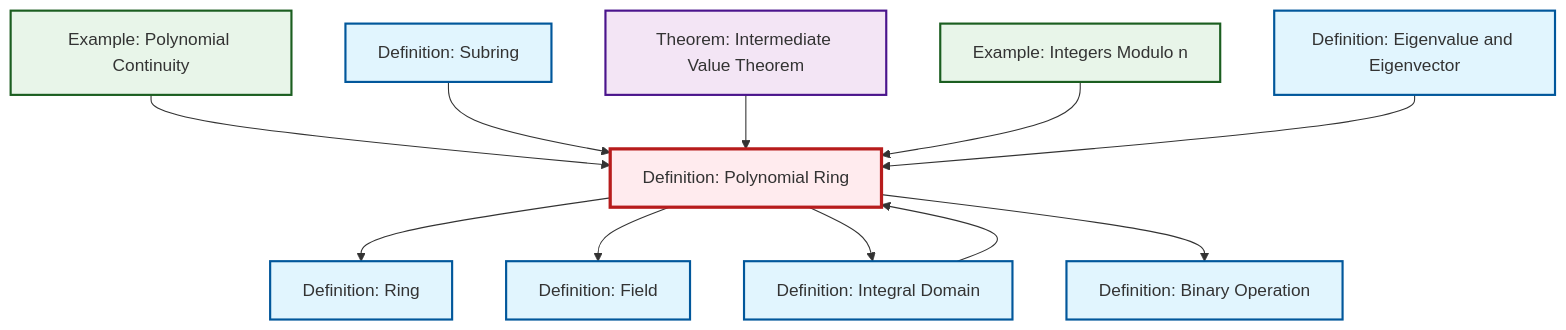
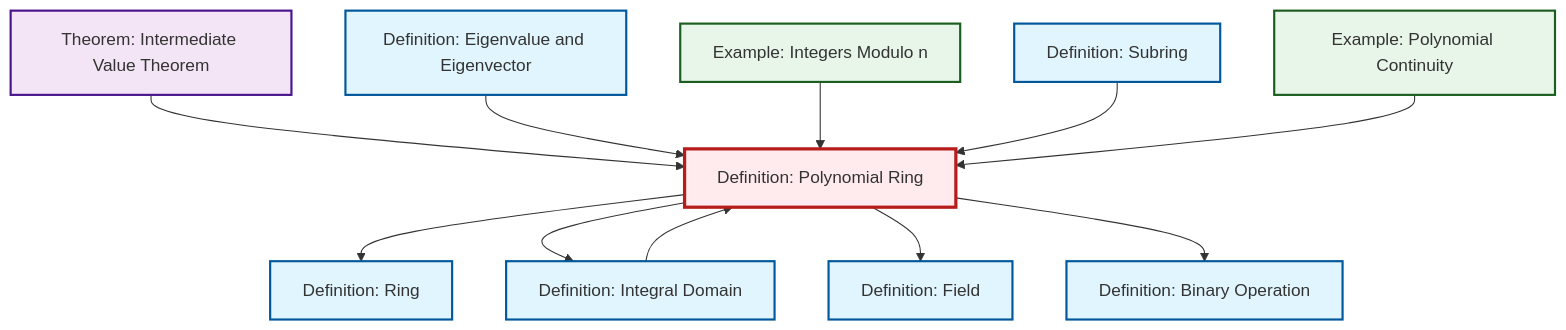
The diagram in content/en/algebra/def-polynomial-ring.qmd (RK0429/ModernMath), drawn with Mermaid before and after one commit. The commit also changed other lines of this file and 1012 other files, not shown here.

````diff
--- a/content/en/algebra/def-polynomial-ring.qmd
+++ b/content/en/algebra/def-polynomial-ring.qmd
@@ -94,39 +94,39 @@
 ```{mermaid}
 %%| fig-cap: "Local dependency graph"
 graph TD
     classDef definition fill:#e1f5fe,stroke:#01579b,stroke-width:2px
     classDef theorem fill:#f3e5f5,stroke:#4a148c,stroke-width:2px
     classDef axiom fill:#fff3e0,stroke:#e65100,stroke-width:2px
     classDef example fill:#e8f5e9,stroke:#1b5e20,stroke-width:2px
     classDef current fill:#ffebee,stroke:#b71c1c,stroke-width:3px
-    def-polynomial-ring["Definition: Polynomial Ring"]:::definition
-    ex-polynomial-continuity["Example: Polynomial Continuity"]:::example
+    def-field["Definition: Field"]:::definition
+    def-ring["Definition: Ring"]:::definition
+    def-subring["Definition: Subring"]:::definition
+    def-binary-operation["Definition: Binary Operation"]:::definition
     thm-intermediate-value["Theorem: Intermediate Value Theorem"]:::theorem
     def-eigenvalue-eigenvector["Definition: Eigenvalue and Eigenvector"]:::definition
-    def-field["Definition: Field"]:::definition
-    def-binary-operation["Definition: Binary Operation"]:::definition
+    ex-polynomial-continuity["Example: Polynomial Continuity"]:::example
+    def-polynomial-ring["Definition: Polynomial Ring"]:::definition
     def-integral-domain["Definition: Integral Domain"]:::definition
-    def-ring["Definition: Ring"]:::definition
     ex-quotient-integers-mod-n["Example: Integers Modulo n"]:::example
-    def-subring["Definition: Subring"]:::definition
+    thm-intermediate-value --> def-polynomial-ring
+    def-eigenvalue-eigenvector --> def-polynomial-ring
     def-polynomial-ring --> def-ring
-    def-polynomial-ring --> def-field
-    ex-polynomial-continuity --> def-polynomial-ring
+    ex-quotient-integers-mod-n --> def-polynomial-ring
+    def-integral-domain --> def-polynomial-ring
     def-polynomial-ring --> def-integral-domain
     def-subring --> def-polynomial-ring
-    thm-intermediate-value --> def-polynomial-ring
-    def-integral-domain --> def-polynomial-ring
+    def-polynomial-ring --> def-field
     def-polynomial-ring --> def-binary-operation
-    ex-quotient-integers-mod-n --> def-polynomial-ring
-    def-eigenvalue-eigenvector --> def-polynomial-ring
+    ex-polynomial-continuity --> def-polynomial-ring
     class def-polynomial-ring current
-    click ex-polynomial-continuity "ex-polynomial-continuity.html" "Go to Polynomial Continuity example"
+    click def-field "def-field.html" "Go to Field definition"
+    click def-ring "def-ring.html" "Go to Ring definition"
+    click def-subring "def-subring.html" "Go to Subring definition"
+    click def-binary-operation "def-binary-operation.html" "Go to Binary Operation definition"
     click thm-intermediate-value "thm-intermediate-value.html" "Go to Intermediate Value Theorem theorem"
     click def-eigenvalue-eigenvector "def-eigenvalue-eigenvector.html" "Go to Eigenvalue and Eigenvector definition"
-    click def-field "def-field.html" "Go to Field definition"
-    click def-binary-operation "def-binary-operation.html" "Go to Binary Operation definition"
+    click ex-polynomial-continuity "ex-polynomial-continuity.html" "Go to Polynomial Continuity example"
     click def-integral-domain "def-integral-domain.html" "Go to Integral Domain definition"
-    click def-ring "def-ring.html" "Go to Ring definition"
     click ex-quotient-integers-mod-n "ex-quotient-integers-mod-n.html" "Go to Integers Modulo n example"
-    click def-subring "def-subring.html" "Go to Subring definition"
 ```
````
